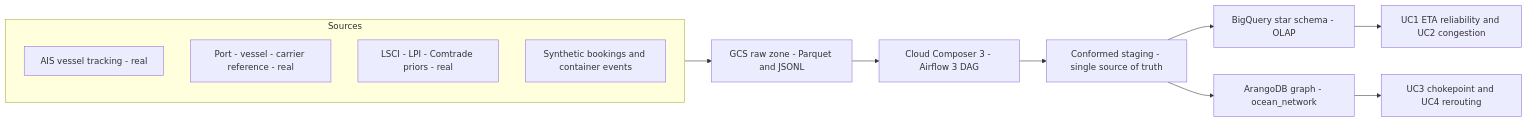
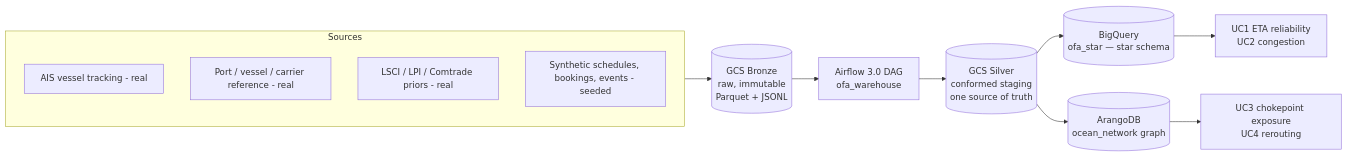
The first of 6 diagrams in README.md (plosiewicz/ocean-freight-data-architecture), drawn with Mermaid before and after one commit. The commit also changed other lines of this file, not shown here.

First line of the commit message:
docs(260625-nov): README for M4 checklist (Tier 1+2) + 6 Mermaid diagrams

````diff
--- a/README.md
+++ b/README.md
@@ -20,16 +29,16 @@
 ```mermaid
 flowchart LR
     subgraph SRC[Sources]
       AIS[AIS vessel tracking - real]
-      REF[Port - vessel - carrier reference - real]
-      PRIOR[LSCI - LPI - Comtrade priors - real]
-      SYN[Synthetic bookings and container events]
+      REF[Port / vessel / carrier reference - real]
+      PRIOR[LSCI / LPI / Comtrade priors - real]
+      SYN[Synthetic schedules, bookings, events - seeded]
     end
-    SRC --> GCS[GCS raw zone - Parquet and JSONL]
-    GCS --> COMPOSER[Cloud Composer 3 - Airflow 3 DAG]
-    COMPOSER --> STAGE[Conformed staging - single source of truth]
-    STAGE --> BQ[BigQuery star schema - OLAP]
-    STAGE --> ARANGO[ArangoDB graph - ocean_network]
-    BQ --> UC12[UC1 ETA reliability and UC2 congestion]
-    ARANGO --> UC34[UC3 chokepoint and UC4 rerouting]
+    SRC --> BRONZE[(GCS Bronze<br/>raw, immutable<br/>Parquet + JSONL)]
+    BRONZE --> DAG[Airflow 3.0 DAG<br/>ofa_warehouse]
+    DAG --> SILVER[(GCS Silver<br/>conformed staging<br/>one source of truth)]
+    SILVER --> BQ[(BigQuery<br/>ofa_star — star schema)]
+    SILVER --> AG[(ArangoDB<br/>ocean_network graph)]
+    BQ --> UC12[UC1 ETA reliability<br/>UC2 congestion]
+    AG --> UC34[UC3 chokepoint exposure<br/>UC4 rerouting]
 ```
````
